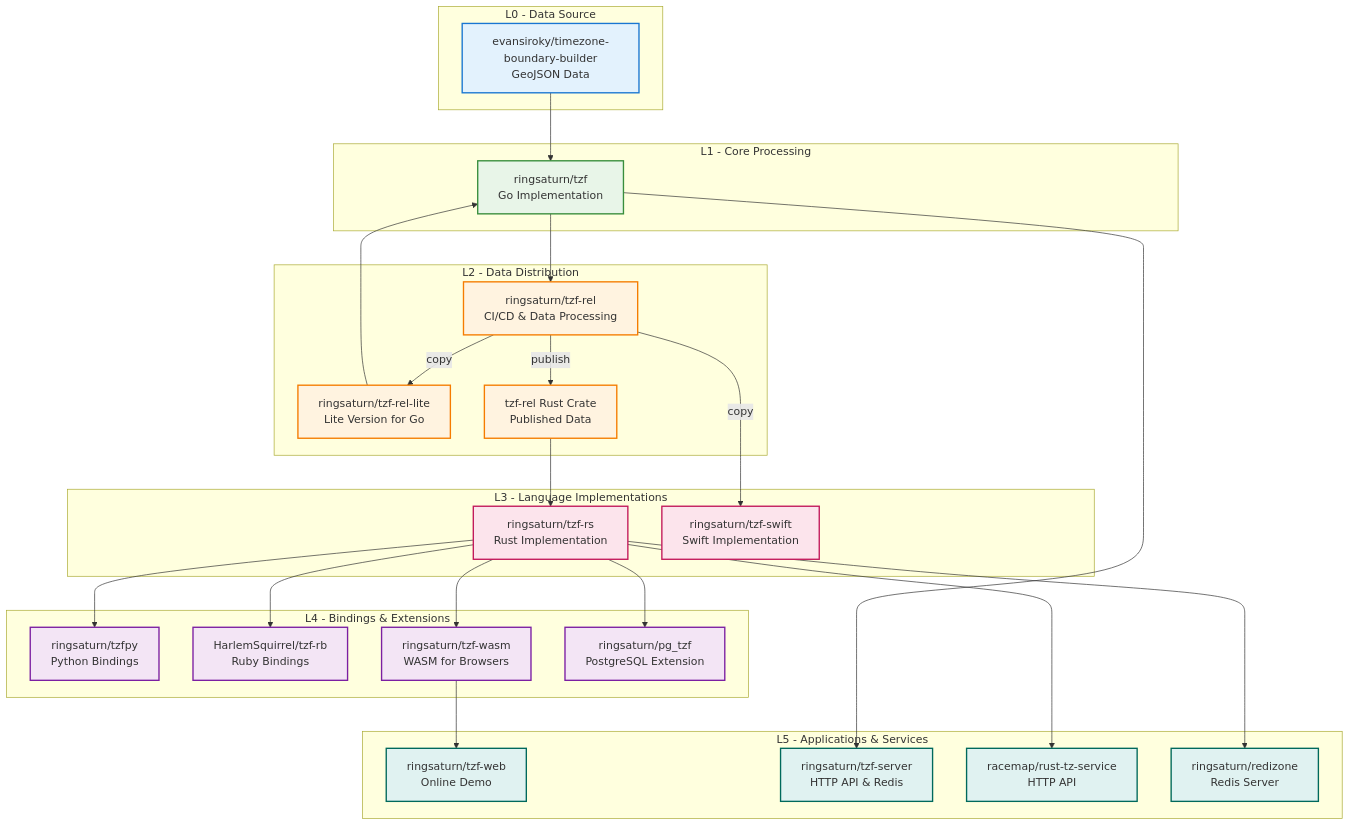
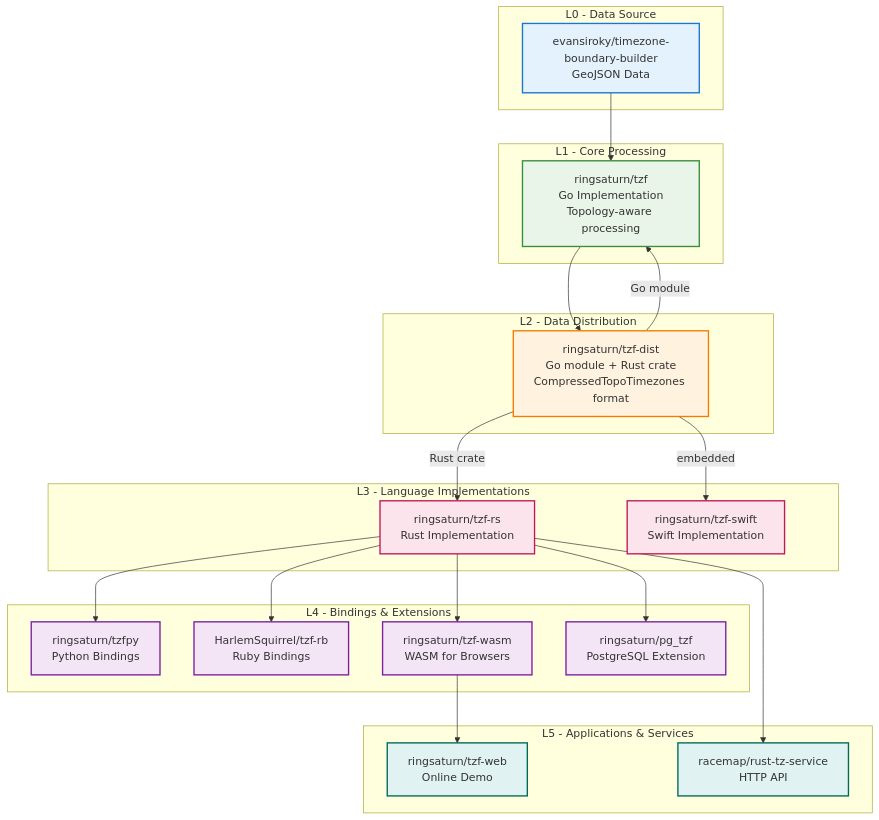
Before and after one commit to ringsaturn/project-tzf: the diagram in content/docs/reference/data-pipeline.md, drawn with Mermaid. The commit also changed other lines of this file and 12 other files, not shown here.

````diff
--- a/content/docs/reference/data-pipeline.md
+++ b/content/docs/reference/data-pipeline.md
@@ -16,80 +16,72 @@
 ```mermaid
 %%{init: {"flowchart": {"htmlLabels": true}, "theme": "default"}}%%
 graph TD
     %% L0 - Data Source
     subgraph L0["L0 - Data Source"]
         GeoJSON[evansiroky/timezone-boundary-builder<br/>GeoJSON Data]
     end
 
     %% L1 - Core Processing
     subgraph L1["L1 - Core Processing"]
-        TZF[ringsaturn/tzf<br/>Go Implementation]
+        TZF[ringsaturn/tzf<br/>Go Implementation<br/>Topology-aware processing]
     end
 
     %% L2 - Data Distribution
     subgraph L2["L2 - Data Distribution"]
-        TZF_REL[ringsaturn/tzf-rel<br/>CI/CD & Data Processing]
-        TZF_REL_LITE[ringsaturn/tzf-rel-lite<br/>Lite Version for Go]
-        TZF_RUST_CRATE[tzf-rel Rust Crate<br/>Published Data]
+        TZF_DIST[ringsaturn/tzf-dist<br/>Go module + Rust crate<br/>CompressedTopoTimezones format]
     end
 
     %% L3 - Language Implementations
     subgraph L3["L3 - Language Implementations"]
         TZF_RS[ringsaturn/tzf-rs<br/>Rust Implementation]
         TZF_SWIFT[ringsaturn/tzf-swift<br/>Swift Implementation]
     end
 
     %% L4 - Language Bindings & Extensions
     subgraph L4["L4 - Bindings & Extensions"]
         TZFPY[ringsaturn/tzfpy<br/>Python Bindings]
         TZF_RB[HarlemSquirrel/tzf-rb<br/>Ruby Bindings]
         TZF_WASM[ringsaturn/tzf-wasm<br/>WASM for Browsers]
         PG_TZF[ringsaturn/pg_tzf<br/>PostgreSQL Extension]
     end
 
     %% L5 - Applications & Services
     subgraph L5["L5 - Applications & Services"]
         TZF_WEB[ringsaturn/tzf-web<br/>Online Demo]
-        TZF_SERVER[ringsaturn/tzf-server<br/>HTTP API & Redis]
         RUST_TZ_SERVICE[racemap/rust-tz-service<br/>HTTP API]
-        REDIZONE[ringsaturn/redizone<br/>Redis Server]
     end
 
     %% Data Flow
     GeoJSON --> TZF
-    TZF --> TZF_REL
-    TZF_REL --> |copy| TZF_REL_LITE
-    TZF_REL --> |publish| TZF_RUST_CRATE
-    TZF_REL --> |copy| TZF_SWIFT
+    TZF --> TZF_DIST
 
-    %% Go Usage
-    TZF_REL_LITE --> TZF
-    TZF --> TZF_SERVER
+    %% Go uses tzf-dist directly
+    TZF_DIST --> |Go module| TZF
+    TZF_DIST --> |Rust crate| TZF_RS
+    TZF_DIST --> |embedded| TZF_SWIFT
 
     %% Rust Ecosystem
-    TZF_RUST_CRATE --> TZF_RS
     TZF_RS --> TZFPY
     TZF_RS --> TZF_RB
     TZF_RS --> TZF_WASM
     TZF_RS --> PG_TZF
     TZF_RS --> RUST_TZ_SERVICE
-    TZF_RS --> REDIZONE
 
     %% Web Applications
     TZF_WASM --> TZF_WEB
 
     %% Styling
     classDef l0 fill:#e3f2fd,stroke:#1976d2,stroke-width:2px
     classDef l1 fill:#e8f5e8,stroke:#388e3c,stroke-width:2px
     classDef l2 fill:#fff3e0,stroke:#f57c00,stroke-width:2px
     classDef l3 fill:#fce4ec,stroke:#c2185b,stroke-width:2px
     classDef l4 fill:#f3e5f5,stroke:#7b1fa2,stroke-width:2px
     classDef l5 fill:#e0f2f1,stroke:#00695c,stroke-width:2px
 
     class GeoJSON l0
     class TZF l1
-    class TZF_REL,TZF_REL_LITE,TZF_RUST_CRATE l2
+    class TZF_DIST l2
     class TZF_RS,TZF_SWIFT l3
     class TZFPY,TZF_RB,TZF_WASM,PG_TZF l4
-    class TZF_WEB,TZF_SERVER,RUST_TZ_SERVICE,REDIZONE l5
+    class TZF_WEB,RUST_TZ_SERVICE l5
 ```
````
